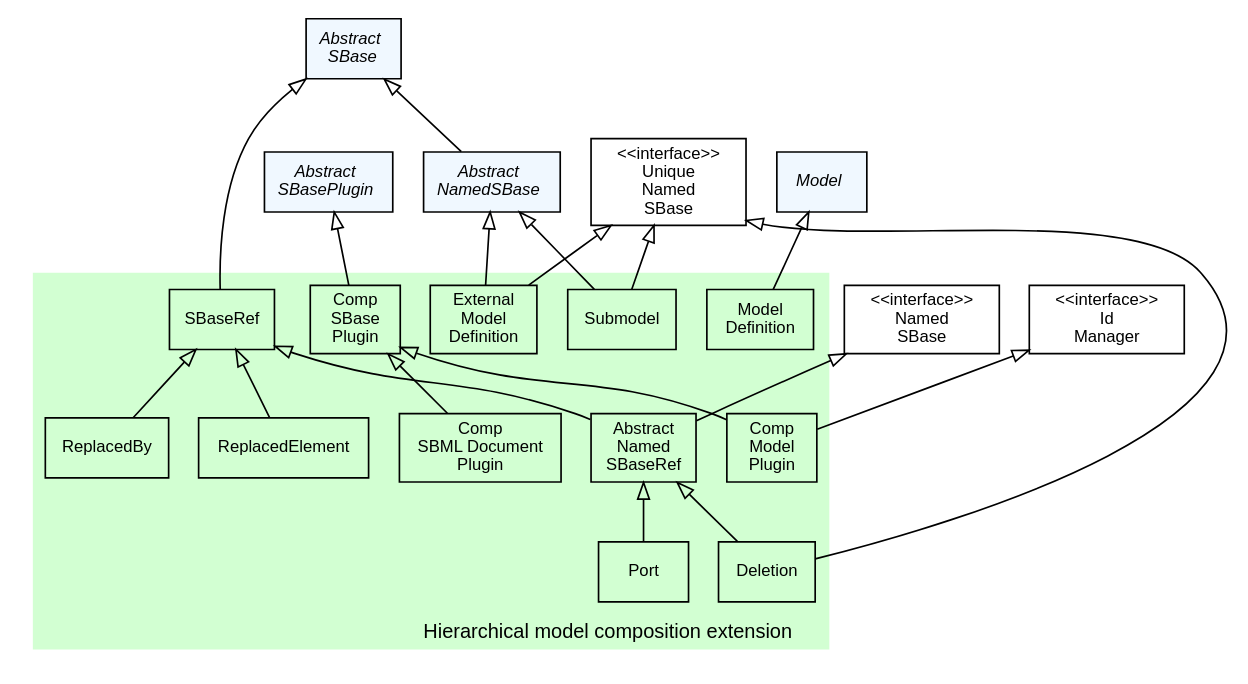
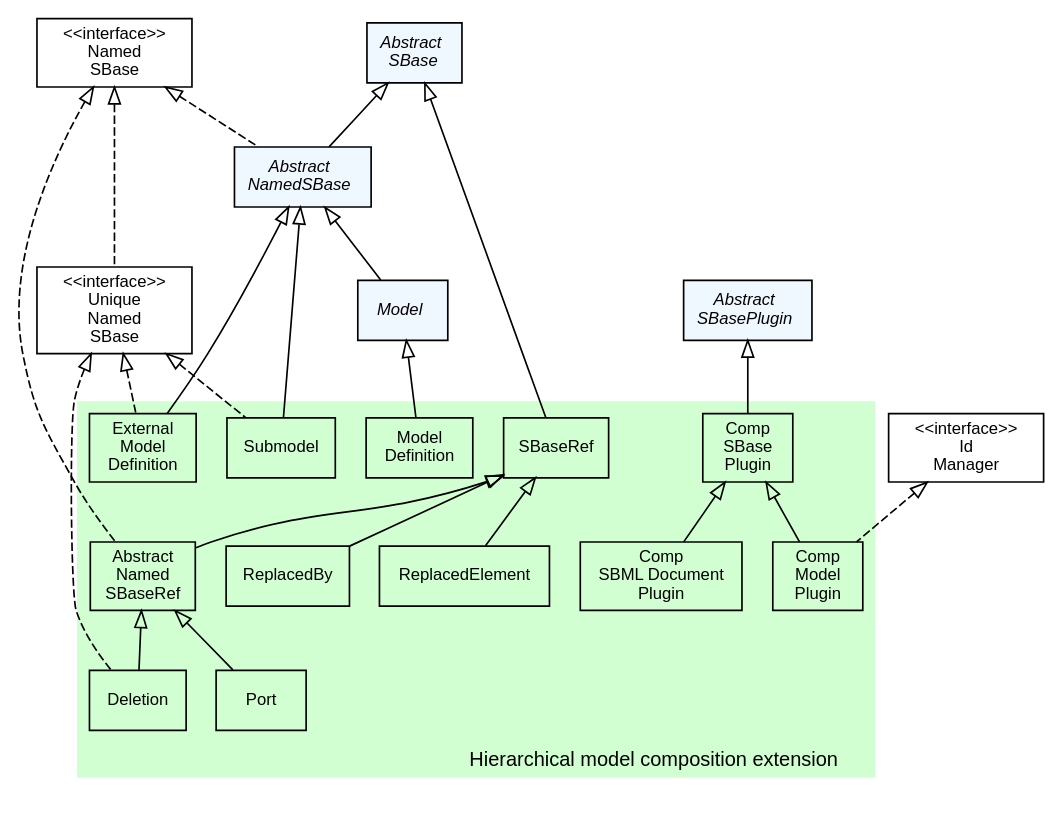
Before and after one commit to sbmlteam/jsbml: the diagram in extensions/comp/doc/img/type_hierarchy.dot, drawn with Graphviz. The commit also changed 9 other files, not shown here.

```diff
--- a/extensions/comp/doc/img/type_hierarchy.dot
+++ b/extensions/comp/doc/img/type_hierarchy.dot
@@ -1,111 +1,114 @@
 #!/usr/local/bin/dot
 #
 # dot -Tpdf type_hierarchy.dot -otype_hierarchy.pdf && acroread type_hierarchy.pdf &
 # dot -Tpng type_hierarchy.dot -otype_hierarchy.png
 #
 # $Id$
 # $URL$
 # $Rev$
 
 /*
  * Overview of the comp extension type hierarchy
  */
 
 strict digraph G{
 
 	 nodesep=0.25;
 	 ranksep=0.5;
 
 	 edge [
 	   fontname="Helvetica",
 	   fontsize=10,
 	   labelfontname="Helvetica",
 	   labelfontsize=10
 	 ];
 	 node [
 	   fontname="Helvetica",
 	   fontsize=10,
 	   shape=box
 	 ];
 	 
-	 /*
+  /*
    * Abstract data types
    */
   AbstractNamedSBase                       [label=<<font face="Helvetica-Oblique">Abstract<br/>NamedSBase</font>>, style="filled", fillcolor="#F0F8FF"];
   AbstractSBase                            [label=<<font face="Helvetica-Oblique">Abstract<br/>SBase</font>>, style="filled", fillcolor="#F0F8FF"];
   AbstractSBasePlugin                      [label=<<font face="Helvetica-Oblique">Abstract<br/>SBasePlugin</font>>, style="filled", fillcolor="#F0F8FF"];
-  Model                            		   [label=<<font face="Helvetica-Oblique">Model</font>>, style="filled", fillcolor="#F0F8FF"];
+  Model                            	   [label=<<font face="Helvetica-Oblique">Model</font>>, style="filled", fillcolor="#F0F8FF"];
 
   /*
-  * Interfaces
-  */
+   * Interfaces
+   */
  
   UniqueNamedSBase                         [label="<<interface>>\nUnique\nNamed\nSBase"];
   NamedSBase                         	   [label="<<interface>>\nNamed\nSBase"];
   IdManager                         	   [label="<<interface>>\nId\nManager"];
   
   /*********************
    * Inheritance graph *
    *********************/
   
   AbstractSBase              -> AbstractNamedSBase         [dir=back,arrowtail=empty];
   
    
   subgraph clusterLayout {
     fontname="Helvetica";
     fontsize=12;
     style="filled";
     fillcolor="#d2ffd2"
     color="#ffffff"
     label="Hierarchical model composition extension";
     labelloc=b;
     labeljust=r;
 
     // Interfaces
 
     // Enums
     
     // Objects
 
     AbstractNamedSBaseRef               [label="Abstract\nNamed\nSBaseRef"];
     CompModelPlugin                     [label="Comp\nModel\nPlugin"];
     CompSBasePlugin                     [label="Comp\nSBase\nPlugin"];
     CompSBMLDocumentPlugin              [label="Comp\nSBML Document\nPlugin"];
-    Deletion                    		[label="Deletion"];
-    ExternalModelDefinition     		[label="External\nModel\nDefinition"];
-    ModelDefinition     				[label="Model\nDefinition"];
-    Port                    			[label="Port"];
-    ReplacedBy                    		[label="ReplacedBy"];
+    Deletion                    	[label="Deletion"];
+    ExternalModelDefinition     	[label="External\nModel\nDefinition"];
+    ModelDefinition     		[label="Model\nDefinition"];
+    Port                    		[label="Port"];
+    ReplacedBy                    	[label="ReplacedBy"];
     ReplacedElement                    	[label="ReplacedElement"];
-    Submodel                    		[label="Submodel"];
-    SBaseRef                    		[label="SBaseRef"];
+    Submodel                    	[label="Submodel"];
+    SBaseRef                    	[label="SBaseRef"];
 
      /*
      * Inheritance graph
      */
-     CompSBasePlugin    -> CompModelPlugin       	[dir=back,arrowtail=empty];
-     CompSBasePlugin    -> CompSBMLDocumentPlugin   [dir=back,arrowtail=empty];     
-     AbstractNamedSBaseRef    -> Deletion       	[dir=back,arrowtail=empty];
-     AbstractNamedSBaseRef    -> Port       		[dir=back,arrowtail=empty];     
+     CompSBasePlugin       -> CompModelPlugin        [dir=back,arrowtail=empty];
+     CompSBasePlugin       -> CompSBMLDocumentPlugin [dir=back,arrowtail=empty];     
+     AbstractNamedSBaseRef -> Deletion               [dir=back,arrowtail=empty];
+     AbstractNamedSBaseRef -> Port       	     [dir=back,arrowtail=empty];     
 
    }
    
    /*********************
     * Inheritance graph *
     *********************/
    
-   SBaseRef -> AbstractNamedSBaseRef            	[dir=back,arrowtail=empty];
-   SBaseRef -> ReplacedBy            				[dir=back,arrowtail=empty];
-   SBaseRef -> ReplacedElement            			[dir=back,arrowtail=empty];
-   AbstractSBase -> SBaseRef            			[dir=back,arrowtail=empty];
-   AbstractSBasePlugin      -> CompSBasePlugin    	[dir=back,arrowtail=empty];    
-   AbstractNamedSBase    -> ExternalModelDefinition [dir=back,arrowtail=empty];
-   AbstractNamedSBase    -> Submodel		       	[dir=back,arrowtail=empty];
-   Model    -> ModelDefinition       				[dir=back,arrowtail=empty];
-   NamedSBase -> AbstractNamedSBaseRef            	[dir=back,arrowtail=empty];
-   IdManager -> CompModelPlugin				    	[dir=back,arrowtail=empty];    
-   UniqueNamedSBase -> Deletion				    	[dir=back,arrowtail=empty];    
-   UniqueNamedSBase -> ExternalModelDefinition   	[dir=back,arrowtail=empty];    
-   UniqueNamedSBase -> Submodel					   	[dir=back,arrowtail=empty];    
+   SBaseRef            -> AbstractNamedSBaseRef   [dir=back,arrowtail=empty];
+   SBaseRef            -> ReplacedBy              [dir=back,arrowtail=empty];
+   SBaseRef            -> ReplacedElement         [dir=back,arrowtail=empty];
+   AbstractSBase       -> SBaseRef                [dir=back,arrowtail=empty];
+   AbstractSBasePlugin -> CompSBasePlugin    	  [dir=back,arrowtail=empty];    
+   AbstractNamedSBase  -> ExternalModelDefinition [dir=back,arrowtail=empty];
+   AbstractNamedSBase  -> Model                   [dir=back,arrowtail=empty];
+   AbstractNamedSBase  -> Submodel                [dir=back,arrowtail=empty];
+   Model               -> ModelDefinition         [dir=back,arrowtail=empty];
+   NamedSBase          -> AbstractNamedSBase      [dir=back,style=dashed,arrowtail=empty];
+   NamedSBase          -> AbstractNamedSBaseRef   [dir=back,style=dashed,arrowtail=empty];
+   NamedSBase          -> UniqueNamedSBase        [dir=back,style=dashed,arrowtail=empty];
+   IdManager           -> CompModelPlugin         [dir=back,style=dashed,arrowtail=empty];    
+   UniqueNamedSBase    -> Deletion                [dir=back,style=dashed,arrowtail=empty];    
+   UniqueNamedSBase    -> ExternalModelDefinition [dir=back,style=dashed,arrowtail=empty];    
+   UniqueNamedSBase    -> Submodel                [dir=back,style=dashed,arrowtail=empty];    
    
 }
```
